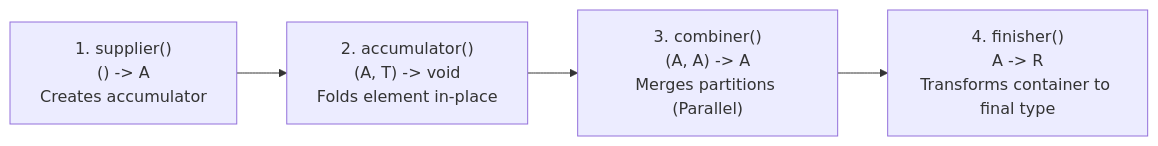
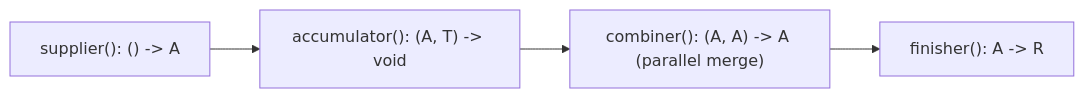
Before and after one commit to ravishankar2463/java_hub: the third of 4 diagrams in content/roadmap/level-4/advanced-streams-collectors.md, drawn with Mermaid. The commit also changed other lines of this file and 119 other files, not shown here.

Commit message:
feat: add comprehensive java learning roadmap content across multiple levels

````diff
--- a/content/roadmap/level-4/advanced-streams-collectors.md
+++ b/content/roadmap/level-4/advanced-streams-collectors.md
@@ -65,9 +245,6 @@
 ```mermaid
 flowchart LR
-    Supplier["1. supplier()<br/>() -&gt; A<br/>Creates accumulator"]
-    Accumulator["2. accumulator()<br/>(A, T) -&gt; void<br/>Folds element in-place"]
-    Combiner["3. combiner()<br/>(A, A) -&gt; A<br/>Merges partitions (Parallel)"]
-    Finisher["4. finisher()<br/>A -&gt; R<br/>Transforms container to final type"]
-
-    Supplier --> Accumulator --> Combiner --> Finisher
+    sup["supplier(): () -> A"] --> acc["accumulator(): (A, T) -> void"]
+    acc --> comb["combiner(): (A, A) -> A (parallel merge)"]
+    comb --> fin["finisher(): A -> R"]
 ```
````
